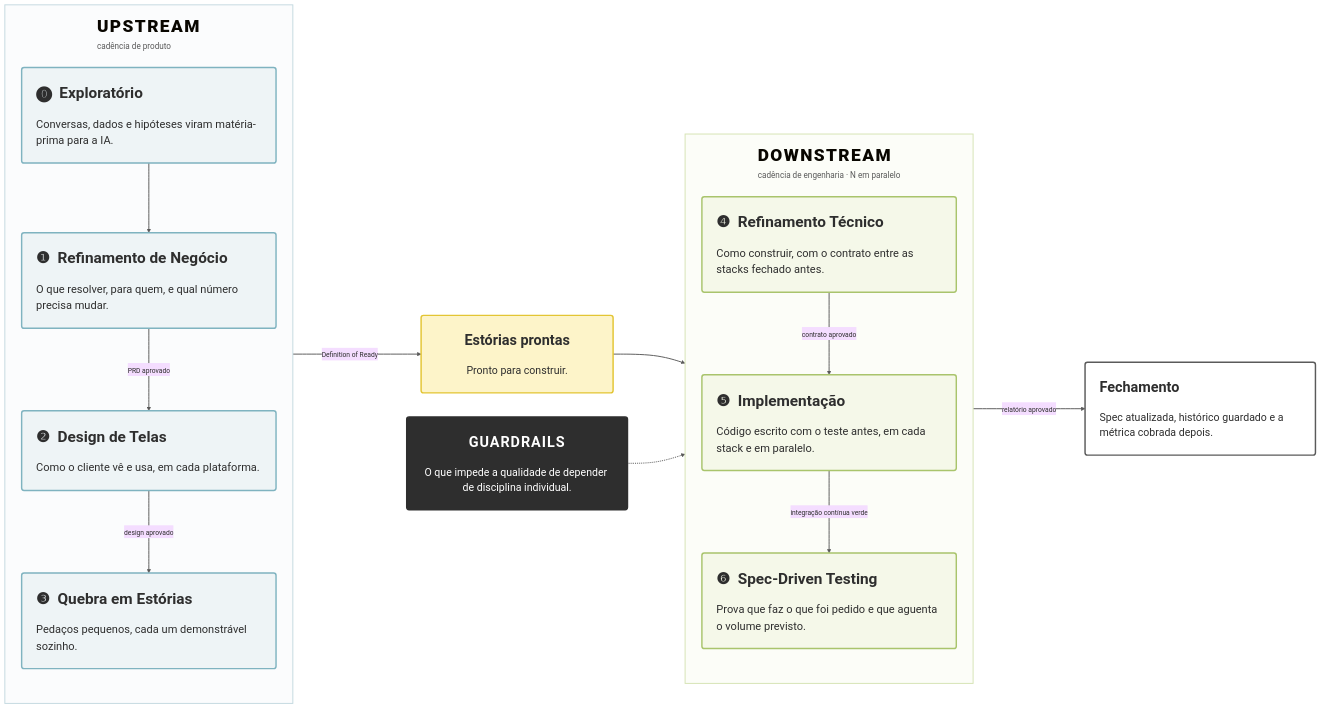
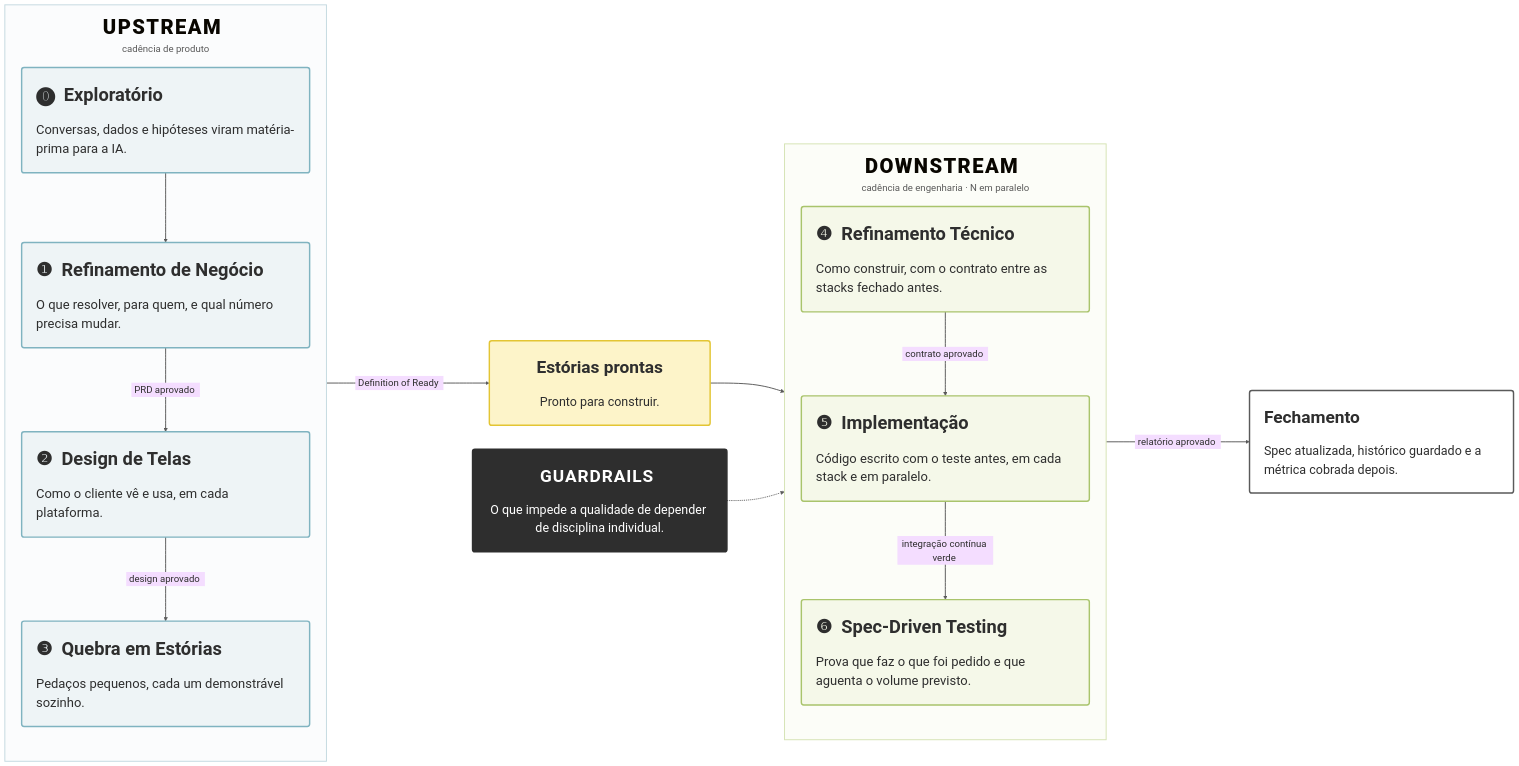
Before and after one commit to diegolirio/workflow-ai-first: the first of 5 diagrams in workflow.md, drawn with Mermaid.

````diff
--- a/workflow.md
+++ b/workflow.md
@@ -33,50 +33,50 @@
 ```mermaid
 %%{init: {"theme":"base","themeVariables":{"fontFamily":"Helvetica Neue, Helvetica, Arial, sans-serif","fontSize":"18px","lineColor":"#5A5A5A","primaryTextColor":"#2E2E2E"},"flowchart":{"htmlLabels":true,"curve":"basis","nodeSpacing":50,"rankSpacing":120,"padding":30,"useMaxWidth":false,"subGraphTitleMargin":{"top":18,"bottom":40}}}}%%
 flowchart LR
     classDef up fill:#EEF4F6,stroke:#7FB3C0,stroke-width:3px,color:#2E2E2E
     classDef down fill:#F5F8E9,stroke:#A9C46C,stroke-width:3px,color:#2E2E2E
     classDef queue fill:#FDF4C9,stroke:#E3C534,stroke-width:3px,color:#2E2E2E
     classDef guard fill:#2E2E2E,stroke:#2E2E2E,stroke-width:3px,color:#FFFFFF
     classDef done fill:#FFFFFF,stroke:#5A5A5A,stroke-width:3px,color:#2E2E2E
 
-    subgraph UP["<span style='font-size:36px;font-weight:800;letter-spacing:3px'>UPSTREAM</span><br/><span style='font-size:17px;color:#5A5A5A'>cadência de produto</span>"]
+    subgraph UP["<span style='display:inline-block;width:560px;text-align:center;line-height:1.4'><span style='font-size:42px;font-weight:800;letter-spacing:3px'>UPSTREAM&nbsp;</span><br/><span style='font-size:20px;color:#5A5A5A'>cadência de produto</span></span>"]
         direction TB
-        EX("<span style='display:inline-block;width:470px;text-align:left;line-height:1.45'><span style='font-size:32px;font-weight:700'>⓿&nbsp;&nbsp;Exploratório</span><br/><br/><span style='font-size:23px'>Conversas, dados e hipóteses viram matéria-prima para a IA.</span></span>")
-        RN("<span style='display:inline-block;width:470px;text-align:left;line-height:1.45'><span style='font-size:32px;font-weight:700'>❶&nbsp;&nbsp;Refinamento de Negócio</span><br/><br/><span style='font-size:23px'>O que resolver, para quem, e qual número precisa mudar.</span></span>")
-        TL("<span style='display:inline-block;width:470px;text-align:left;line-height:1.45'><span style='font-size:32px;font-weight:700'>❷&nbsp;&nbsp;Design de Telas</span><br/><br/><span style='font-size:23px'>Como o cliente vê e usa, em cada plataforma.</span></span>")
-        QE("<span style='display:inline-block;width:470px;text-align:left;line-height:1.45'><span style='font-size:32px;font-weight:700'>❸&nbsp;&nbsp;Quebra em Estórias</span><br/><br/><span style='font-size:23px'>Pedaços pequenos, cada um demonstrável sozinho.</span></span>")
+        EX("<span style='display:inline-block;width:540px;text-align:left;line-height:1.45'><span style='font-size:38px;font-weight:700'>⓿&nbsp;&nbsp;Exploratório</span><br/><br/><span style='font-size:27px'>Conversas, dados e hipóteses viram matéria-prima para a IA.</span></span>")
+        RN("<span style='display:inline-block;width:540px;text-align:left;line-height:1.45'><span style='font-size:38px;font-weight:700'>❶&nbsp;&nbsp;Refinamento de Negócio</span><br/><br/><span style='font-size:27px'>O que resolver, para quem, e qual número precisa mudar.</span></span>")
+        TL("<span style='display:inline-block;width:540px;text-align:left;line-height:1.45'><span style='font-size:38px;font-weight:700'>❷&nbsp;&nbsp;Design de Telas</span><br/><br/><span style='font-size:27px'>Como o cliente vê e usa, em cada plataforma.</span></span>")
+        QE("<span style='display:inline-block;width:540px;text-align:left;line-height:1.45'><span style='font-size:38px;font-weight:700'>❸&nbsp;&nbsp;Quebra em Estórias</span><br/><br/><span style='font-size:27px'>Pedaços pequenos, cada um demonstrável sozinho.</span></span>")
         EX --> RN
-        RN -->|"<span style='font-size:14px'>PRD aprovado</span>"| TL
-        TL -->|"<span style='font-size:14px'>design aprovado</span>"| QE
+        RN -->|"<span style='display:inline-block;font-size:20px;padding:0 6px'>PRD aprovado&nbsp;</span>"| TL
+        TL -->|"<span style='display:inline-block;font-size:20px;padding:0 6px'>design aprovado&nbsp;</span>"| QE
     end
 
-    FILA("<span style='display:inline-block;width:340px;text-align:center;line-height:1.45'><span style='font-size:30px;font-weight:700'>Estórias prontas</span><br/><br/><span style='font-size:22px'>Pronto para construir.</span></span>")
+    FILA("<span style='display:inline-block;width:400px;text-align:center;line-height:1.45'><span style='font-size:36px;font-weight:700'>Estórias prontas</span><br/><br/><span style='font-size:26px'>Pronto para construir.</span></span>")
 
-    subgraph DOWN["<span style='font-size:36px;font-weight:800;letter-spacing:3px'>DOWNSTREAM</span><br/><span style='font-size:17px;color:#5A5A5A'>cadência de engenharia · N em paralelo</span>"]
+    subgraph DOWN["<span style='display:inline-block;width:560px;text-align:center;line-height:1.4'><span style='font-size:42px;font-weight:800;letter-spacing:3px'>DOWNSTREAM&nbsp;</span><br/><span style='font-size:20px;color:#5A5A5A'>cadência de engenharia · N em paralelo</span></span>"]
         direction TB
-        RT("<span style='display:inline-block;width:470px;text-align:left;line-height:1.45'><span style='font-size:32px;font-weight:700'>❹&nbsp;&nbsp;Refinamento Técnico</span><br/><br/><span style='font-size:23px'>Como construir, com o contrato entre as stacks fechado antes.</span></span>")
-        IMPL("<span style='display:inline-block;width:470px;text-align:left;line-height:1.45'><span style='font-size:32px;font-weight:700'>❺&nbsp;&nbsp;Implementação</span><br/><br/><span style='font-size:23px'>Código escrito com o teste antes, em cada stack e em paralelo.</span></span>")
-        TEST("<span style='display:inline-block;width:470px;text-align:left;line-height:1.45'><span style='font-size:32px;font-weight:700'>❻&nbsp;&nbsp;Spec-Driven Testing</span><br/><br/><span style='font-size:23px'>Prova que faz o que foi pedido e que aguenta o volume previsto.</span></span>")
-        RT -->|"<span style='font-size:14px'>contrato aprovado</span>"| IMPL
-        IMPL -->|"<span style='font-size:14px'>integração contínua verde</span>"| TEST
+        RT("<span style='display:inline-block;width:540px;text-align:left;line-height:1.45'><span style='font-size:38px;font-weight:700'>❹&nbsp;&nbsp;Refinamento Técnico</span><br/><br/><span style='font-size:27px'>Como construir, com o contrato entre as stacks fechado antes.</span></span>")
+        IMPL("<span style='display:inline-block;width:540px;text-align:left;line-height:1.45'><span style='font-size:38px;font-weight:700'>❺&nbsp;&nbsp;Implementação</span><br/><br/><span style='font-size:27px'>Código escrito com o teste antes, em cada stack e em paralelo.</span></span>")
+        TEST("<span style='display:inline-block;width:540px;text-align:left;line-height:1.45'><span style='font-size:38px;font-weight:700'>❻&nbsp;&nbsp;Spec-Driven Testing</span><br/><br/><span style='font-size:27px'>Prova que faz o que foi pedido e que aguenta o volume previsto.</span></span>")
+        RT -->|"<span style='display:inline-block;font-size:20px;padding:0 6px'>contrato aprovado&nbsp;</span>"| IMPL
+        IMPL -->|"<span style='display:inline-block;font-size:20px;padding:0 6px'>integração contínua verde&nbsp;</span>"| TEST
     end
 
-    GR("<span style='display:inline-block;width:400px;text-align:center;line-height:1.45'><span style='font-size:30px;font-weight:700;letter-spacing:2px'>GUARDRAILS</span><br/><br/><span style='font-size:22px'>O que impede a qualidade de depender de disciplina individual.</span></span>")
+    GR("<span style='display:inline-block;width:470px;text-align:center;line-height:1.45'><span style='font-size:36px;font-weight:700;letter-spacing:2px'>GUARDRAILS&nbsp;</span><br/><br/><span style='font-size:26px'>O que impede a qualidade de depender de disciplina individual.</span></span>")
 
-    FIM("<span style='display:inline-block;width:420px;text-align:left;line-height:1.45'><span style='font-size:30px;font-weight:700'>Fechamento</span><br/><br/><span style='font-size:22px'>Spec atualizada, histórico guardado e a métrica cobrada depois.</span></span>")
+    FIM("<span style='display:inline-block;width:490px;text-align:left;line-height:1.45'><span style='font-size:36px;font-weight:700'>Fechamento</span><br/><br/><span style='font-size:26px'>Spec atualizada, histórico guardado e a métrica cobrada depois.</span></span>")
 
-    QE -->|"<span style='font-size:14px'>Definition of Ready</span>"| FILA
+    QE -->|"<span style='display:inline-block;font-size:20px;padding:0 6px'>Definition of Ready&nbsp;</span>"| FILA
     FILA --> RT
-    TEST -->|"<span style='font-size:14px'>relatório aprovado</span>"| FIM
+    TEST -->|"<span style='display:inline-block;font-size:20px;padding:0 6px'>relatório aprovado&nbsp;</span>"| FIM
     GR -.-> DOWN
 
     class EX,RN,TL,QE up
     class RT,IMPL,TEST down
     class FILA queue
     class GR guard
     class FIM done
 
     style UP fill:#FBFCFD,stroke:#C4D9E0,stroke-width:2px
     style DOWN fill:#FCFDF8,stroke:#D5E3B4,stroke-width:2px
     linkStyle default stroke:#5A5A5A,stroke-width:2px
 ```
````
